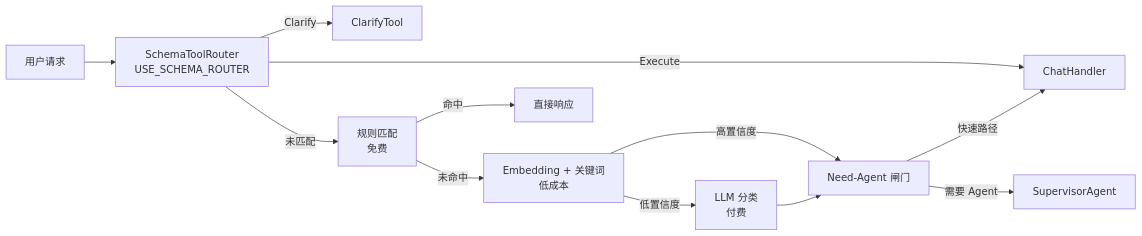
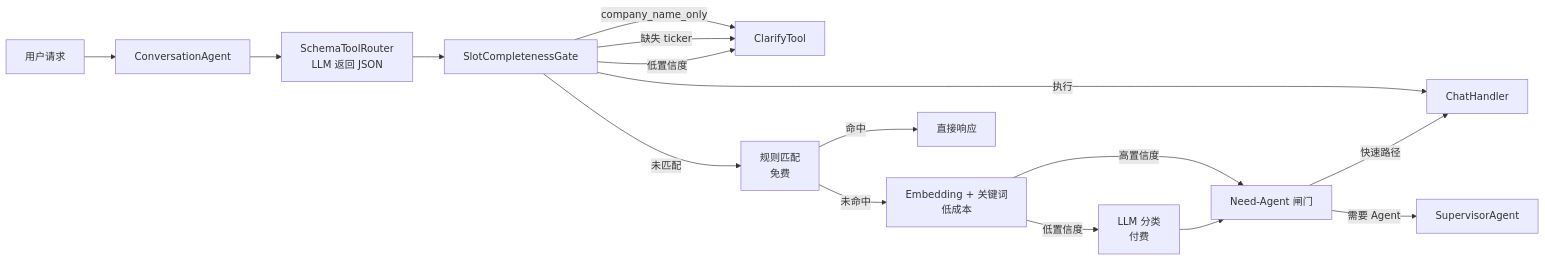
Before and after one commit to kkkano/FinSight: the second of 3 diagrams in readme_cn.md, drawn with Mermaid. The commit also changed other lines of this file and 78 other files, not shown here.

````diff
--- a/readme_cn.md
+++ b/readme_cn.md
@@ -188,14 +195,18 @@
 ```mermaid
 flowchart LR
-    Input[用户请求] --> Schema[SchemaToolRouter<br/>USE_SCHEMA_ROUTER]
-    Schema -->|Clarify| Clarify[ClarifyTool]
-    Schema -->|Execute| Chat[ChatHandler]
-    Schema -->|未匹配| Rule[规则匹配<br/>免费]
+    Input[用户请求] --> CA[ConversationAgent]
+    CA --> Schema[SchemaToolRouter<br/>LLM 返回 JSON]
+    Schema --> SlotGate[SlotCompletenessGate]
+    SlotGate -->|company_name_only| Clarify[ClarifyTool]
+    SlotGate -->|缺失 ticker| Clarify
+    SlotGate -->|低置信度| Clarify
+    SlotGate -->|执行| Chat[ChatHandler]
+    SlotGate -->|未匹配| Rule[规则匹配<br/>免费]
     Rule -->|命中| Direct[直接响应]
     Rule -->|未命中| Embed[Embedding + 关键词<br/>低成本]
     Embed -->|高置信度| Gate[Need-Agent 闸门]
     Embed -->|低置信度| LLM[LLM 分类<br/>付费]
     LLM --> Gate
-    Gate -->|快速路径| Chat[ChatHandler]
+    Gate -->|快速路径| Chat
     Gate -->|需要 Agent| Agent[SupervisorAgent]
 ```
````
